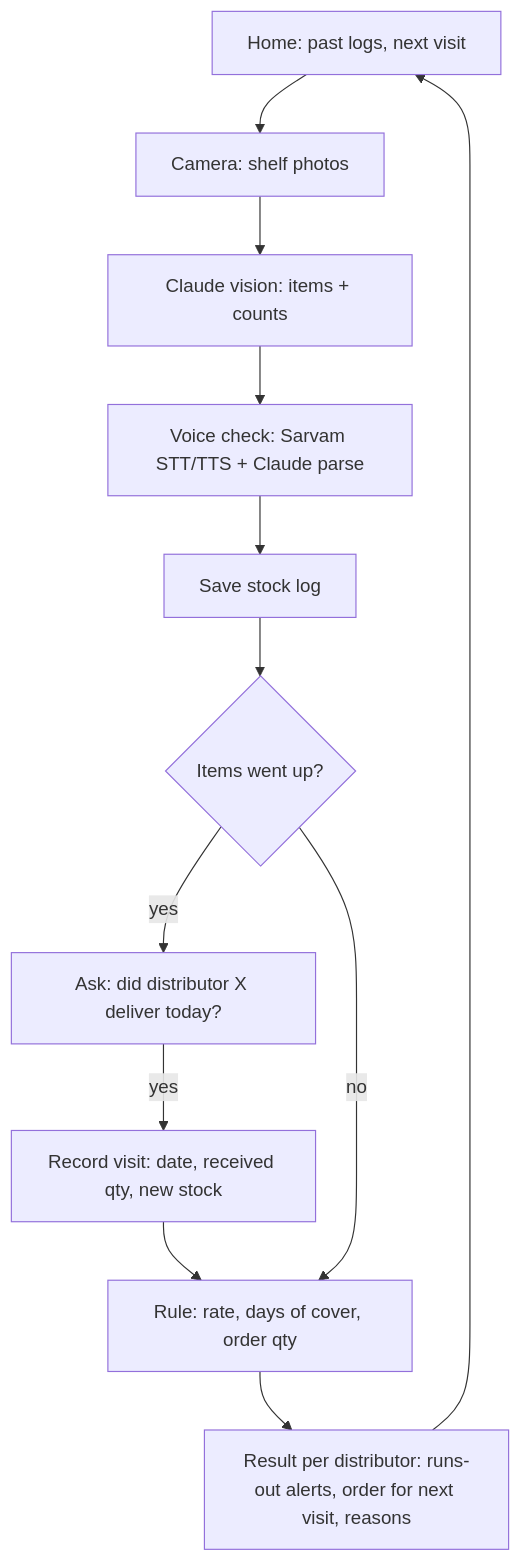
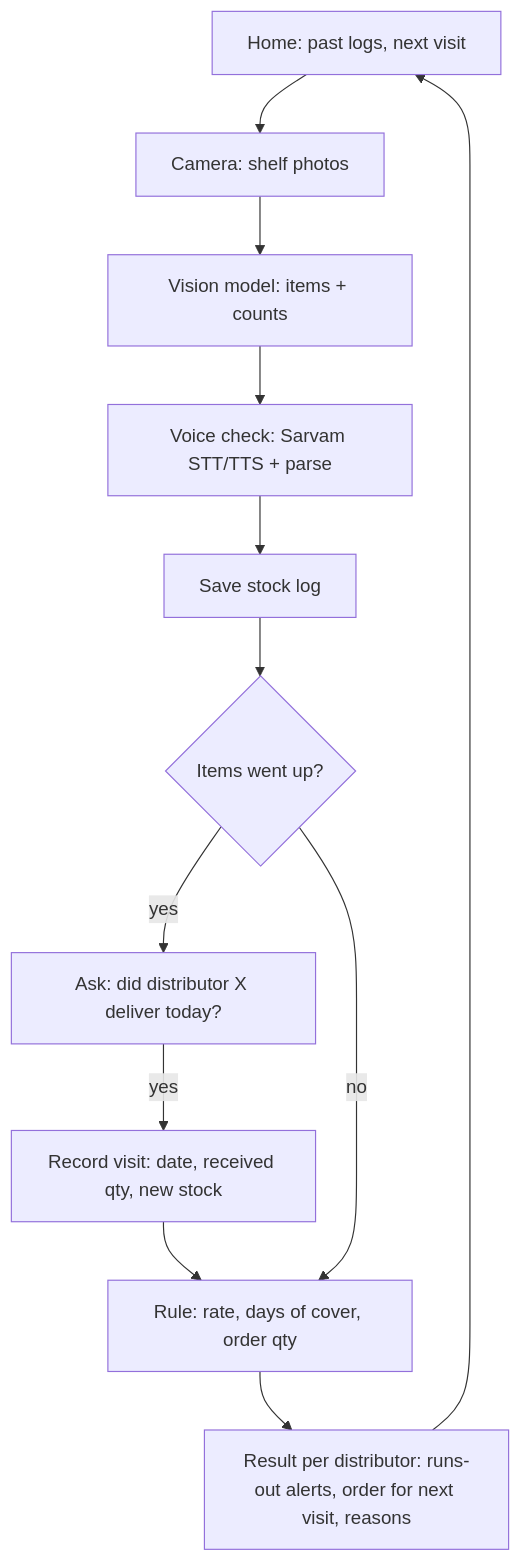
Before and after one commit to Alafazam/kiranaQ: the first of 2 diagrams in specs/2026-11-22-kiranaq-stock-log/spec.md, drawn with Mermaid. The commit also changed other lines of this file and 1 other file, not shown here.

Commit message:
docs(spec): apply decisions (Sarvam default, kept routes, sample photos, rate cap)

````diff
--- a/specs/2026-11-22-kiranaq-stock-log/spec.md
+++ b/specs/2026-11-22-kiranaq-stock-log/spec.md
@@ -29,14 +29,14 @@
 ```mermaid
 flowchart TD
   H[Home: past logs, next visit] --> P[Camera: shelf photos]
-  P --> V[Claude vision: items + counts]
-  V --> C[Voice check: Sarvam STT/TTS + Claude parse]
+  P --> V[Vision model: items + counts]
+  V --> C[Voice check: Sarvam STT/TTS + parse]
   C --> S[Save stock log]
   S --> D{Items went up?}
   D -- yes --> Q[Ask: did distributor X deliver today?]
   Q -- yes --> W[Record visit: date, received qty, new stock]
   W --> R
   D -- no --> R[Rule: rate, days of cover, order qty]
   R --> O[Result per distributor: runs-out alerts, order for next visit, reasons]
   O --> H
 ```
````
